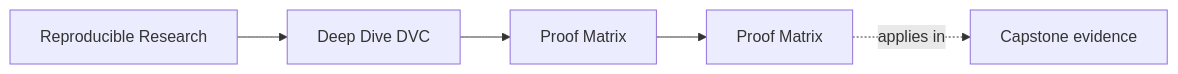
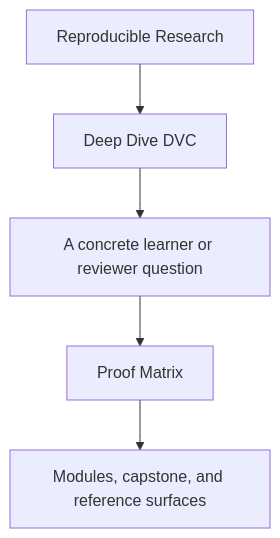
Before and after one commit to bijux/bijux-masterclass: the first of 2 diagrams in programs/reproducible-research/deep-dive-dvc/course-book/guides/proof-matrix.md, drawn with Mermaid. The commit also changed other lines of this file and 31 other files, not shown here.

Commit message:
docs(deep-dive-dvc): sharpen guide and reference diagrams

````diff
--- a/programs/reproducible-research/deep-dive-dvc/course-book/guides/proof-matrix.md
+++ b/programs/reproducible-research/deep-dive-dvc/course-book/guides/proof-matrix.md
@@ -9,11 +9,7 @@
 ```mermaid
-graph LR
-  family["Reproducible Research"]
-  program["Deep Dive DVC"]
-  section["Proof Matrix"]
-  page["Proof Matrix"]
-  capstone["Capstone evidence"]
-
-  family --> program --> section --> page
-  page -.applies in.-> capstone
+flowchart TD
+  family["Reproducible Research"] --> program["Deep Dive DVC"]
+  program --> pressure["A concrete learner or reviewer question"]
+  pressure --> guide["Proof Matrix"]
+  guide --> next["Modules, capstone, and reference surfaces"]
 ```
````
